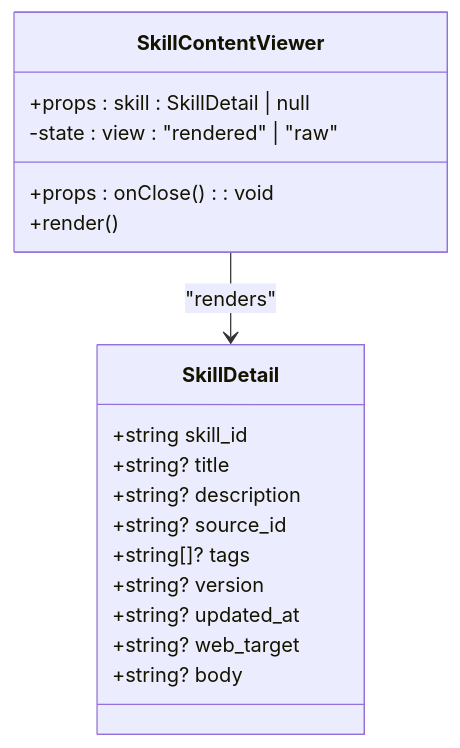
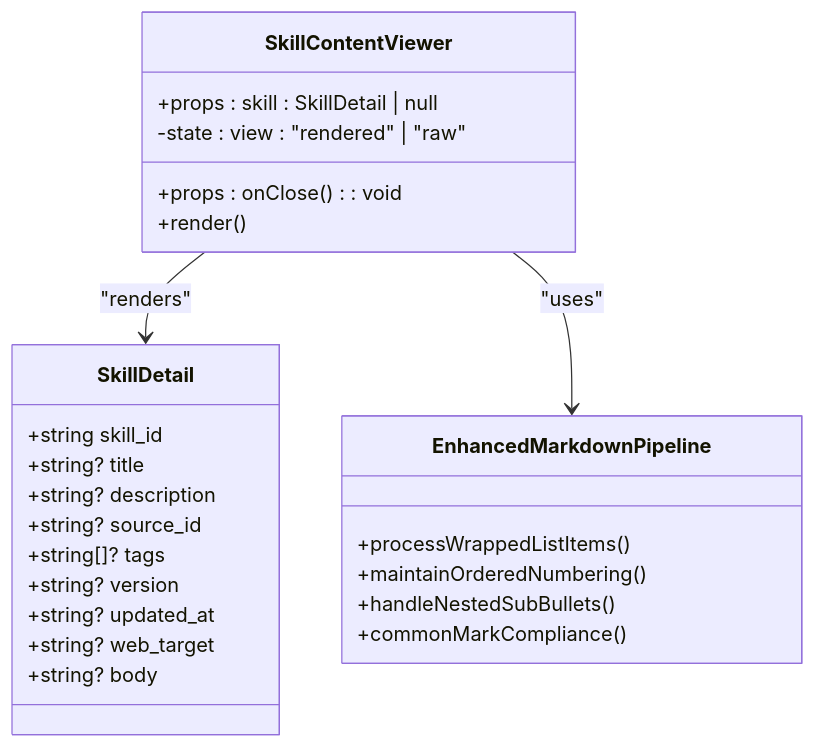
The seventh of 8 diagrams in .qoder/repowiki/en/content/Architecture Documentation/SPEC-052_ Skill Content Viewer.md (metasync/luban-aiops), drawn with Mermaid before and after one commit. The commit also changed other lines of this file and 29 other files, not shown here.

````diff
--- a/.qoder/repowiki/en/content/Architecture Documentation/SPEC-052_ Skill Content Viewer.md
+++ b/.qoder/repowiki/en/content/Architecture Documentation/SPEC-052_ Skill Content Viewer.md
@@ -185,21 +292,28 @@
 ```mermaid
 classDiagram
 class SkillDetail {
 +string skill_id
 +string? title
 +string? description
 +string? source_id
 +string[]? tags
 +string? version
 +string? updated_at
 +string? web_target
 +string? body
 }
 class SkillContentViewer {
 +props : skill : SkillDetail | null
 +props : onClose() : void
 -state : view : "rendered" | "raw"
 +render()
 }
+class EnhancedMarkdownPipeline {
++processWrappedListItems()
++maintainOrderedNumbering()
++handleNestedSubBullets()
++commonMarkCompliance()
+}
 SkillContentViewer --> SkillDetail : "renders"
+SkillContentViewer --> EnhancedMarkdownPipeline : "uses"
 ```
````
